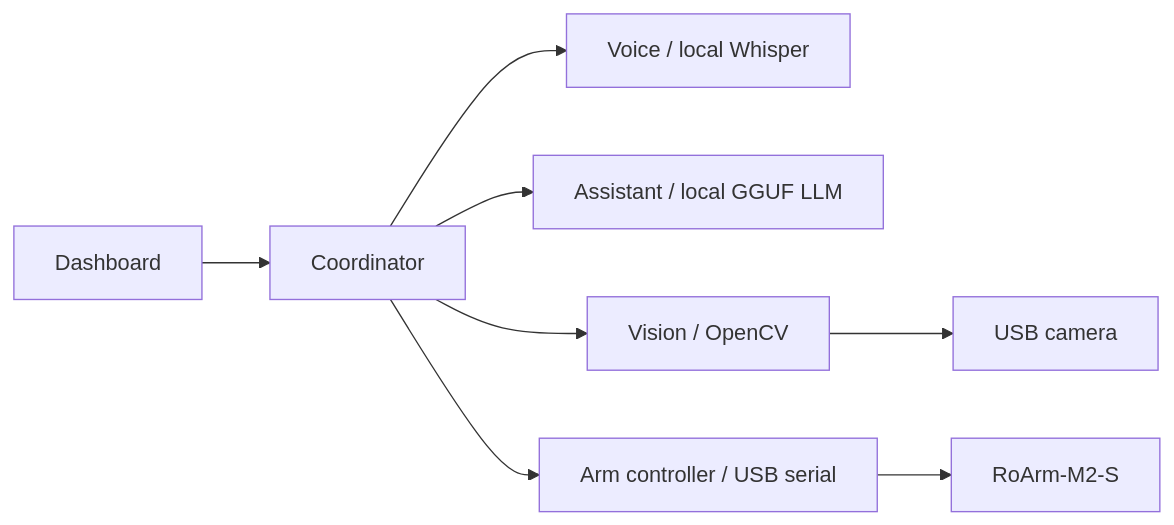
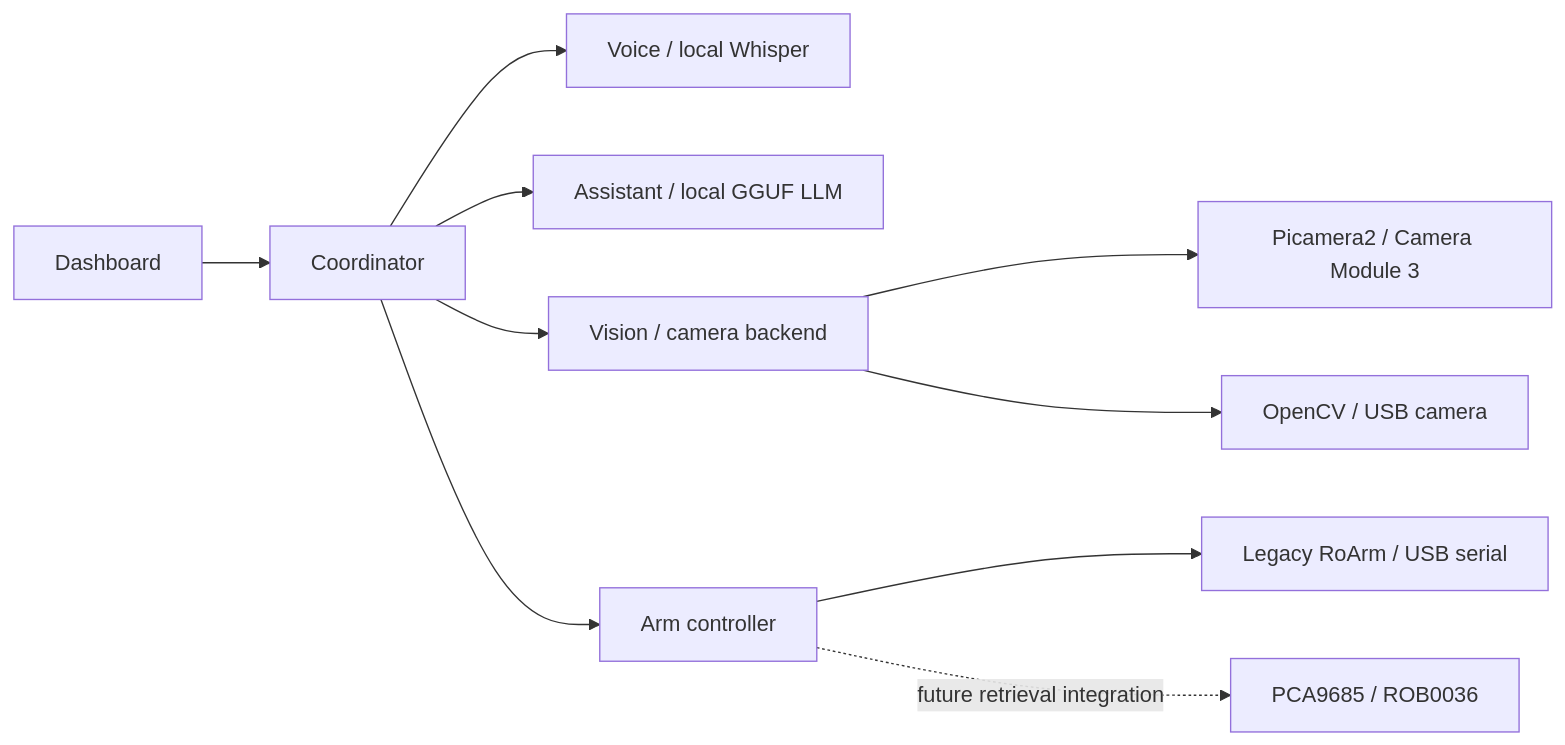
The diagram in docs/architecture.md (dancarpenter21/workbench), drawn with Mermaid before and after one commit. The commit also changed other lines of this file and 21 other files, not shown here.

````diff
--- a/docs/architecture.md
+++ b/docs/architecture.md
@@ -8,10 +14,12 @@
 ```mermaid
 flowchart LR
     Dashboard --> Coordinator
     Coordinator --> Voice[Voice / local Whisper]
     Coordinator --> Assistant[Assistant / local GGUF LLM]
-    Coordinator --> Vision[Vision / OpenCV]
-    Coordinator --> Arm[Arm controller / USB serial]
-    Vision --> Camera[USB camera]
-    Arm --> Robot[RoArm-M2-S]
+    Coordinator --> Vision[Vision / camera backend]
+    Coordinator --> Arm[Arm controller]
+    Vision --> PiCamera[Picamera2 / Camera Module 3]
+    Vision --> USBCamera[OpenCV / USB camera]
+    Arm --> Legacy[Legacy RoArm / USB serial]
+    Arm -. future retrieval integration .-> PWM[PCA9685 / ROB0036]
 ```
````
